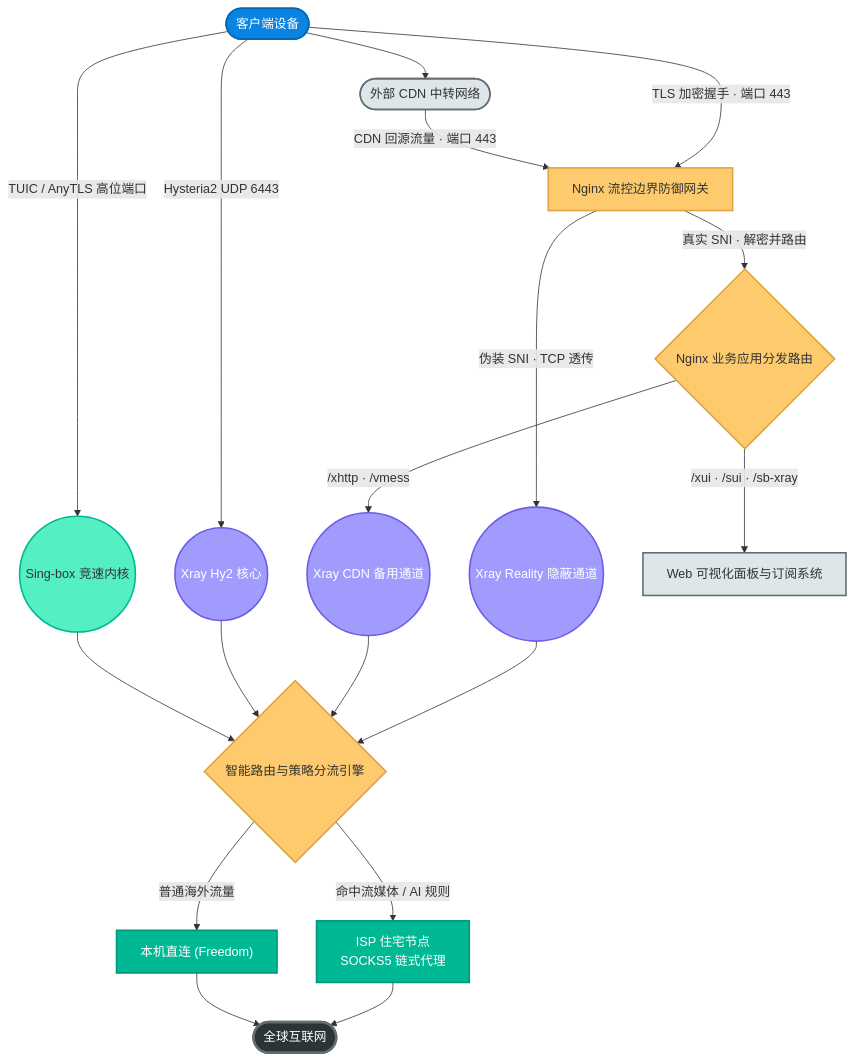
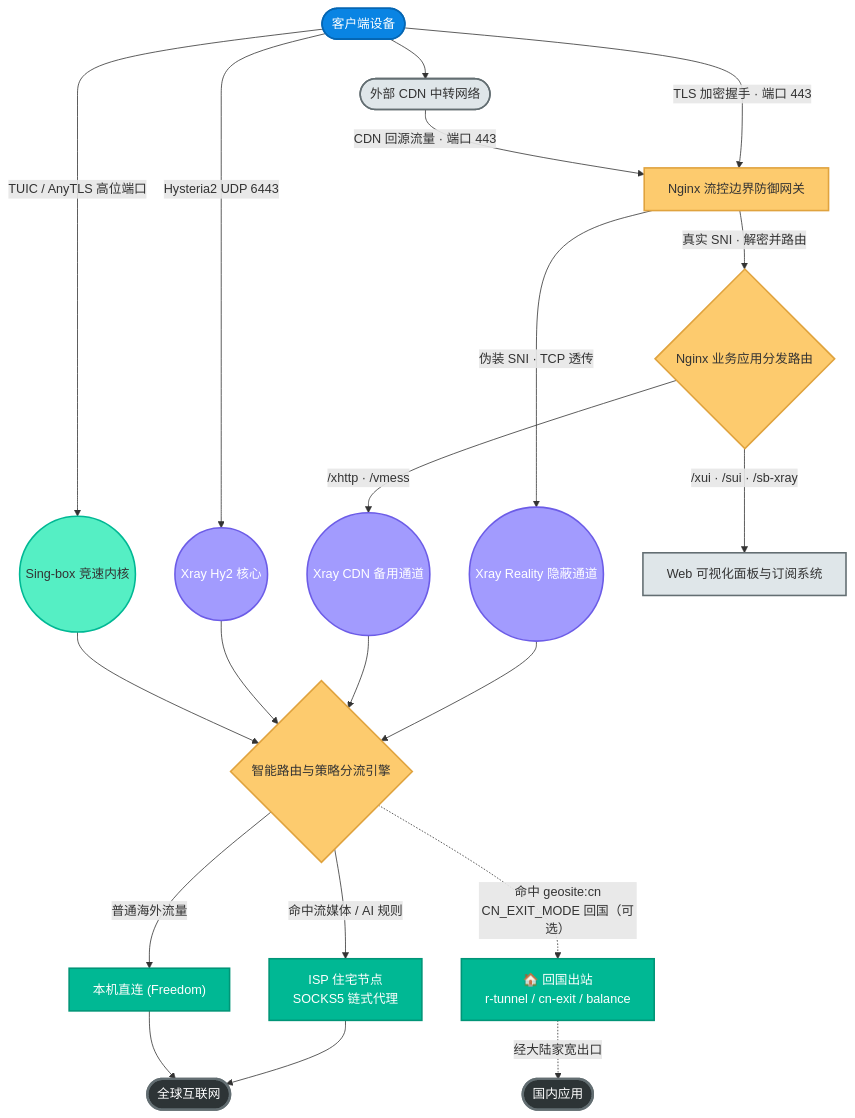
Before and after one commit to currycan/sb-xray: the diagram in readme.md, drawn with Mermaid. The commit also changed other lines of this file and 4 other files, not shown here.

First line of the commit message:
docs: 回国 CN_EXIT_MODE 文档与架构图全面对齐

````diff
--- a/readme.md
+++ b/readme.md
@@ -44,37 +44,39 @@
 ```mermaid
 flowchart TD
     classDef entry    fill:#0984e3,stroke:#0566b3,stroke-width:2px,color:#fff
     classDef gateway  fill:#fdcb6e,stroke:#e0a33e,stroke-width:2px,color:#333
     classDef xray     fill:#a29bfe,stroke:#6c5ce7,stroke-width:2px,color:#fff
     classDef sing     fill:#55efc4,stroke:#00b894,stroke-width:2px,color:#333
     classDef external fill:#dfe6e9,stroke:#636e72,stroke-width:2px,color:#333
     classDef outbound fill:#00b894,stroke:#009577,stroke-width:2px,color:#fff
     classDef decision fill:#fdcb6e,stroke:#e0a33e,stroke-width:2px,color:#333
     classDef terminal fill:#2d3436,stroke:#636e72,stroke-width:3px,color:#fff
 
     User(["客户端设备"]):::entry
     Cloudflare(["外部 CDN 中转网络"]):::external
 
     User -->|"TLS 加密握手 · 端口 443"| Nginx["Nginx 流控边界防御网关"]:::gateway
     User -->|"Hysteria2 UDP 6443"| XrayHy2(("Xray Hy2 核心")):::xray
     User -->|"TUIC / AnyTLS 高位端口"| Singbox(("Sing-box 竞速内核")):::sing
     User --> Cloudflare
     Cloudflare -->|"CDN 回源流量 · 端口 443"| Nginx
 
     Nginx -->|"伪装 SNI · TCP 透传"| XrayReality(("Xray Reality 隐蔽通道")):::xray
     Nginx -->|"真实 SNI · 解密并路由"| PanelRouter{"Nginx 业务应用分发路由"}:::decision
 
     PanelRouter -->|"/xhttp · /vmess"| XrayCDN(("Xray CDN 备用通道")):::xray
     PanelRouter -->|"/xui · /sui · /sb-xray"| Panels["Web 可视化面板与订阅系统"]:::external
 
     XrayReality --> RoutingEngine{"智能路由与策略分流引擎"}:::decision
     XrayCDN --> RoutingEngine
     XrayHy2 --> RoutingEngine
     Singbox --> RoutingEngine
 
     RoutingEngine -->|"命中流媒体 / AI 规则"| ISP["ISP 住宅节点<br/>SOCKS5 链式代理"]:::outbound
     RoutingEngine -->|"普通海外流量"| Direct["本机直连 (Freedom)"]:::outbound
+    RoutingEngine -.->|"命中 geosite:cn<br/>CN_EXIT_MODE 回国（可选）"| CNExit["🏠 回国出站<br/>r-tunnel / cn-exit / balance"]:::outbound
 
     ISP --> WebOut(["全球互联网"]):::terminal
     Direct --> WebOut
+    CNExit -.->|"经大陆家宽出口"| CNHome(["国内应用"]):::terminal
 ```
````
